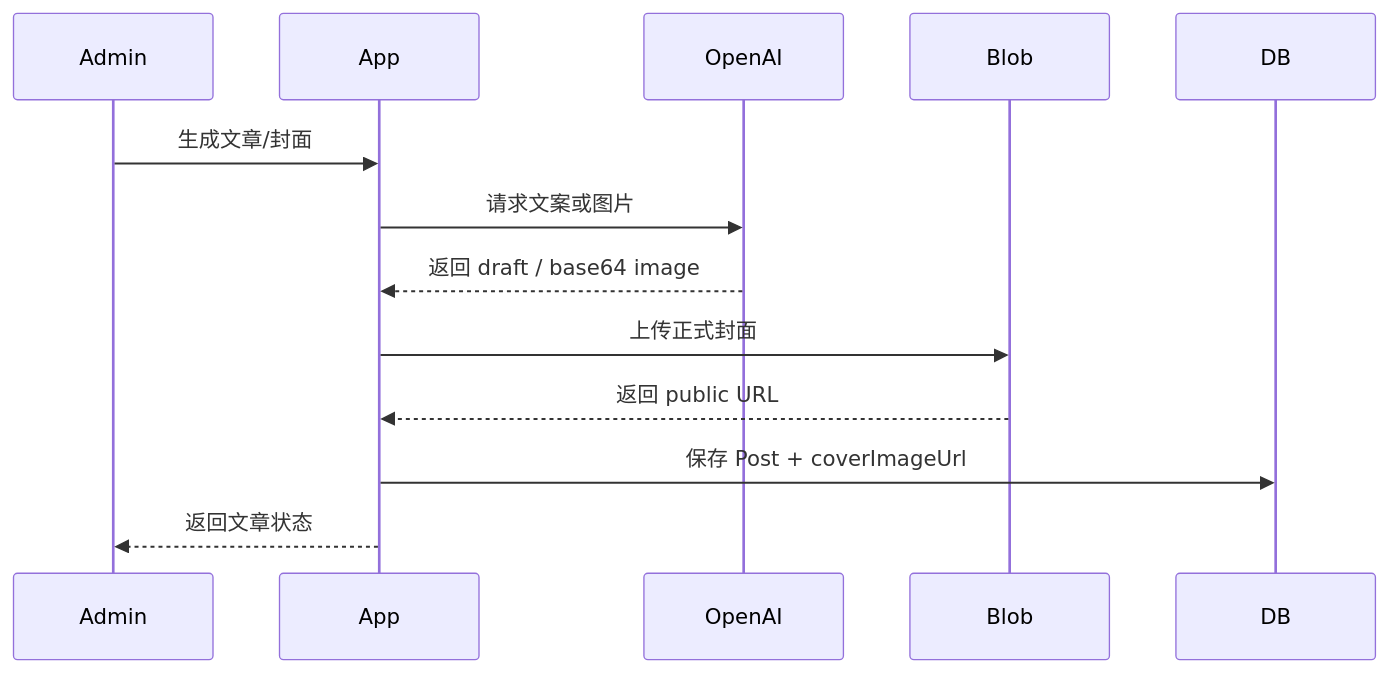
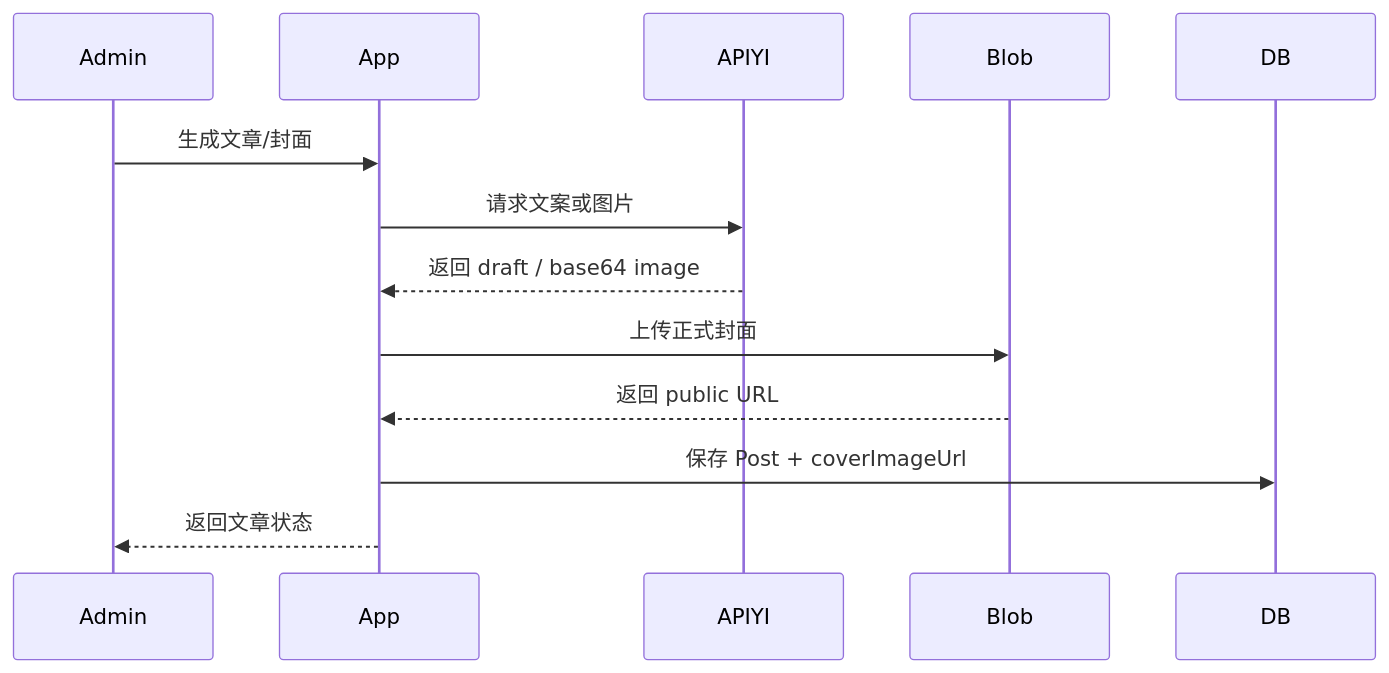
One commit to rappizo/neatique changed the eighth of 9 diagrams in architecture.md. Above: the diagram before and after it, drawn with Mermaid. The commit also changed other lines of this file and 34 other files, not shown here.

````diff
--- a/architecture.md
+++ b/architecture.md
@@ -727,16 +727,16 @@
 ```mermaid
 sequenceDiagram
   participant Admin
   participant App
-  participant OpenAI
+  participant APIYI
   participant Blob
   participant DB
 
   Admin->>App: 生成文章/封面
-  App->>OpenAI: 请求文案或图片
-  OpenAI-->>App: 返回 draft / base64 image
+  App->>APIYI: 请求文案或图片
+  APIYI-->>App: 返回 draft / base64 image
   App->>Blob: 上传正式封面
   Blob-->>App: 返回 public URL
   App->>DB: 保存 Post + coverImageUrl
   App-->>Admin: 返回文章状态
 ```
````
